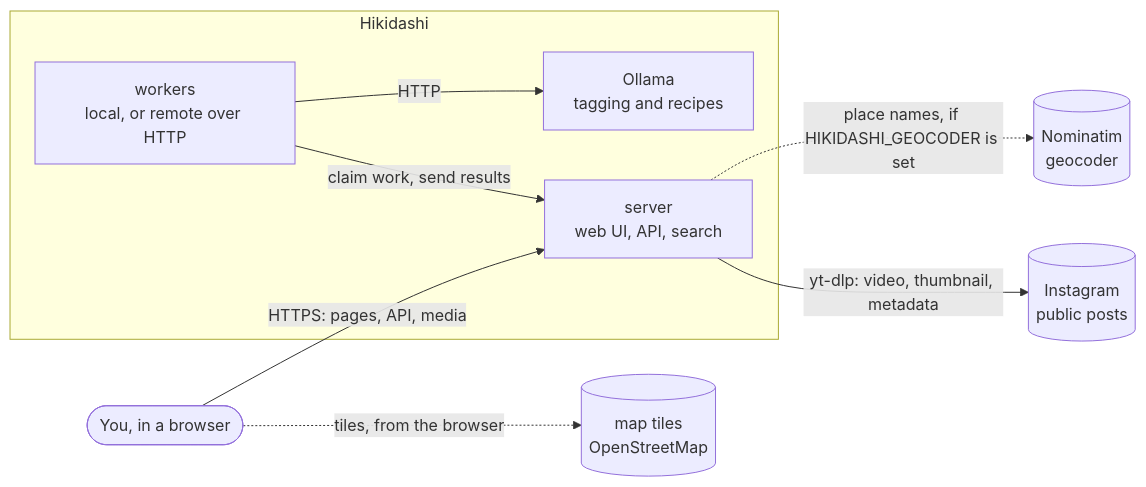
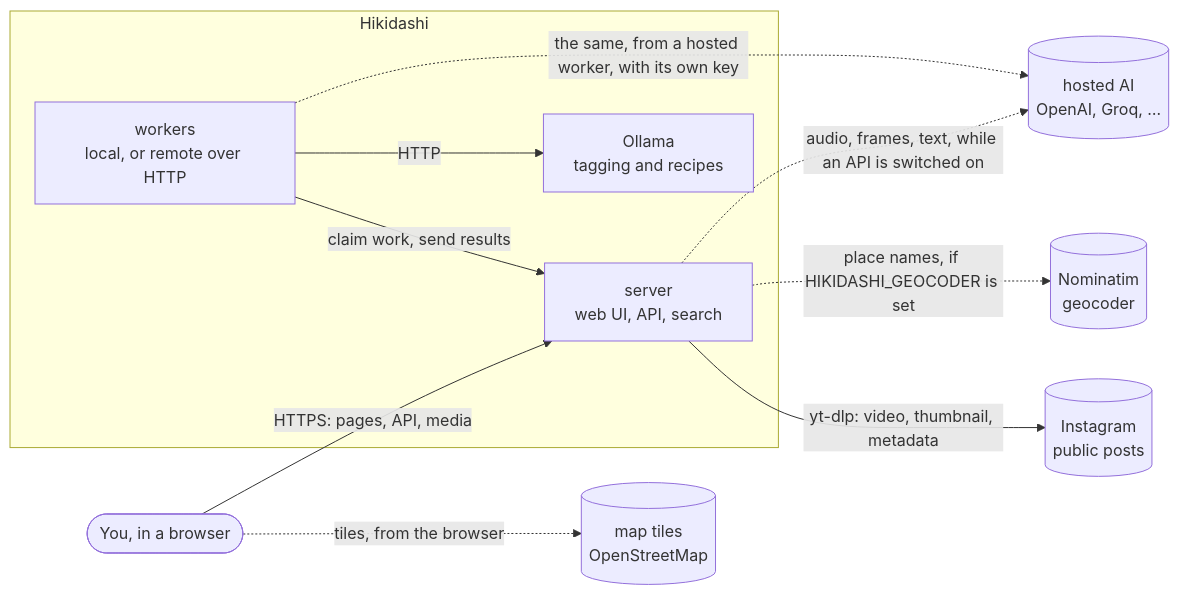
The first of 10 diagrams in docs/architecture.md (spanthetree/hikidashi), drawn with Mermaid before and after one commit. The commit also changed other lines of this file and 19 other files, not shown here.

First line of the commit message:
Docs: ADR 0019 supersedes 0009; hosted AI in architecture, operation and setup (#116, #125)

````diff
--- a/docs/architecture.md
+++ b/docs/architecture.md
@@ -22,19 +23,22 @@
 ```mermaid
 flowchart LR
   person(["You, in a browser"])
   subgraph rv["Hikidashi"]
     server["server<br/>web UI, API, search"]
     workers["workers<br/>local, or remote over HTTP"]
     ollama["Ollama<br/>tagging and recipes"]
   end
   ig[("Instagram<br/>public posts")]
   geo[("Nominatim<br/>geocoder")]
   tiles[("map tiles<br/>OpenStreetMap")]
+  hosted[("hosted AI<br/>OpenAI, Groq, …")]
 
   person -- "HTTPS: pages, API, media" --> server
   person -. "tiles, from the browser" .-> tiles
   workers -- "claim work, send results" --> server
   workers -- "HTTP" --> ollama
   server -- "yt-dlp: video, thumbnail, metadata" --> ig
   server -. "place names, if HIKIDASHI_GEOCODER is set" .-> geo
+  server -. "audio, frames, text, while an API is switched on" .-> hosted
+  workers -. "the same, from a hosted worker, with its own key" .-> hosted
 ```
````
